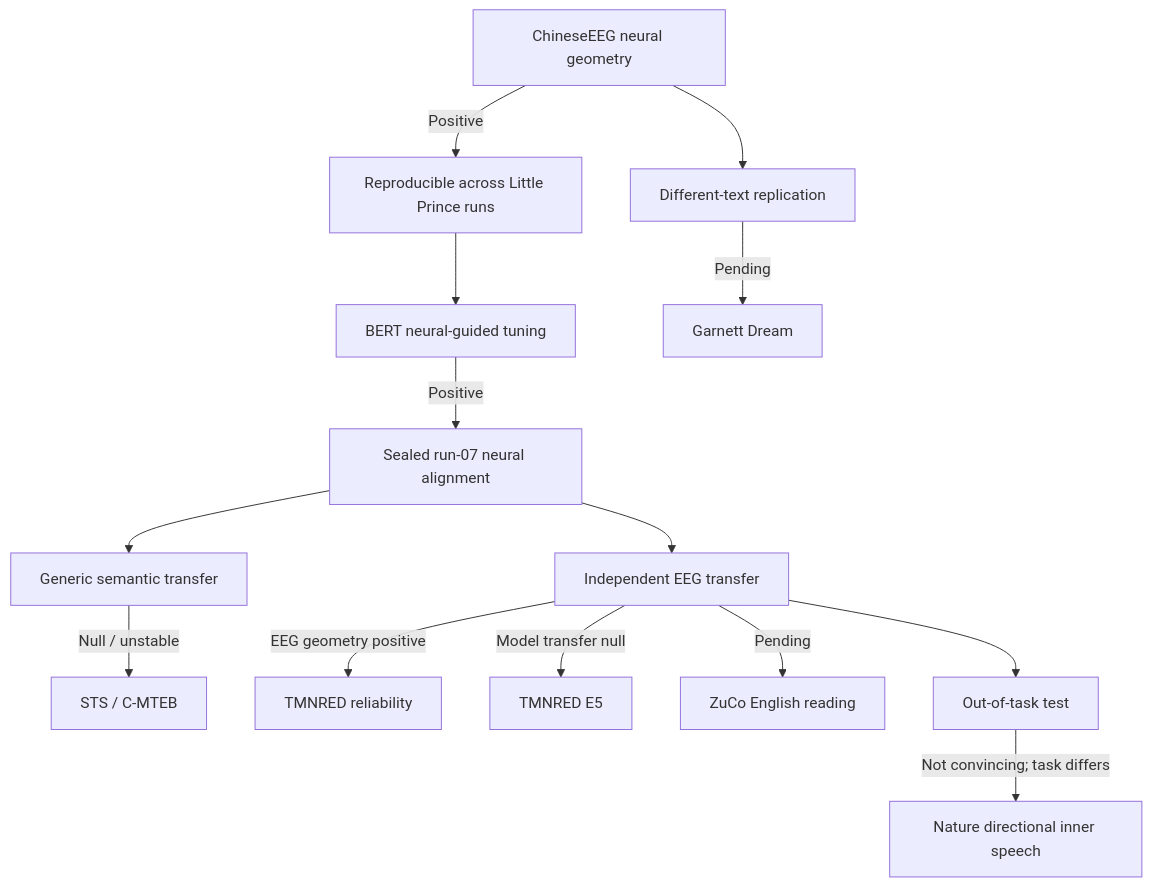
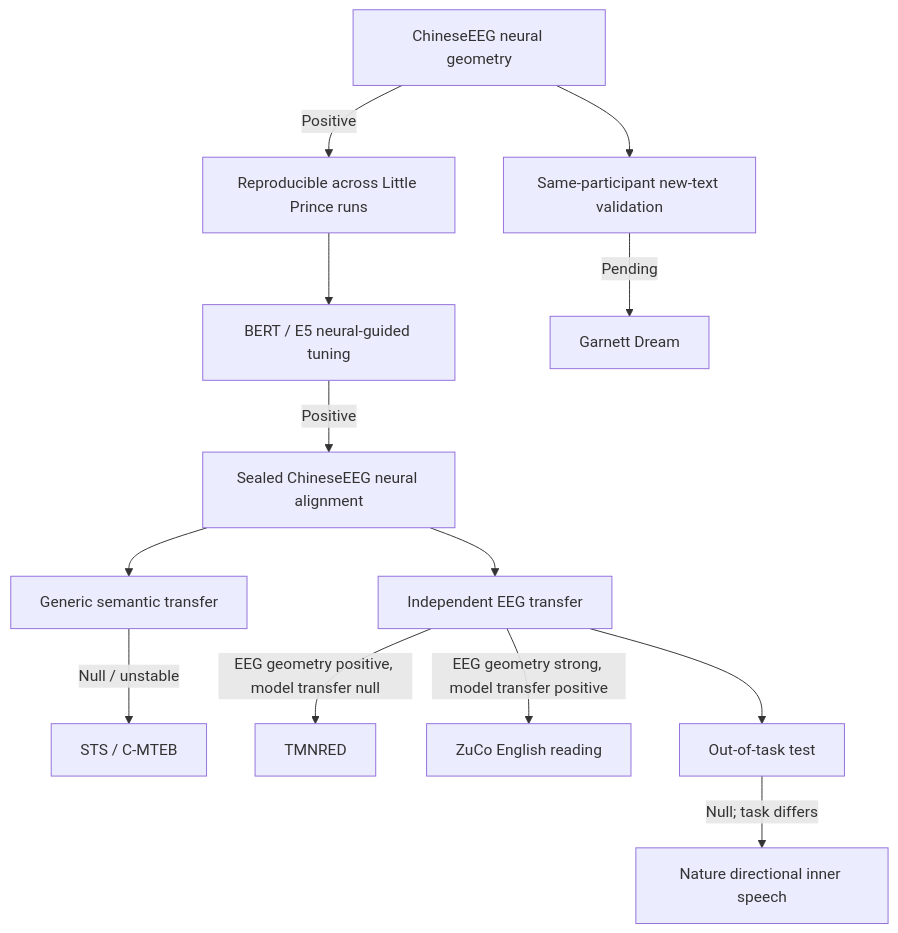
Before and after one commit to vafaei-ar/NeuroSem: the diagram in docs/3_RESULTS_AND_COMPARISONS.md, drawn with Mermaid. The commit also changed other lines of this file, not shown here.

````diff
--- a/docs/3_RESULTS_AND_COMPARISONS.md
+++ b/docs/3_RESULTS_AND_COMPARISONS.md
@@ -9,20 +21,19 @@
 ```mermaid
 flowchart TD
     A[ChineseEEG neural geometry] -->|Positive| B[Reproducible across Little Prince runs]
-    B --> C[BERT neural-guided tuning]
-    C -->|Positive| D[Sealed run-07 neural alignment]
+    B --> C[BERT / E5 neural-guided tuning]
+    C -->|Positive| D[Sealed ChineseEEG neural alignment]
 
     D --> E[Generic semantic transfer]
     E -->|Null / unstable| E1[STS / C-MTEB]
 
     D --> F[Independent EEG transfer]
-    F -->|EEG geometry positive| F1[TMNRED reliability]
-    F -->|Model transfer null| F2[TMNRED E5]
-    F -->|Pending| F3[ZuCo English reading]
+    F -->|EEG geometry positive, model transfer null| F1[TMNRED]
+    F -->|EEG geometry strong, model transfer positive| F2[ZuCo English reading]
 
-    A --> G[Different-text replication]
+    A --> G[Same-participant new-text validation]
     G -->|Pending| G1[Garnett Dream]
 
     F --> H[Out-of-task test]
-    H -->|Not convincing; task differs| H1[Nature directional inner speech]
+    H -->|Null; task differs| H1[Nature directional inner speech]
 ```
````
